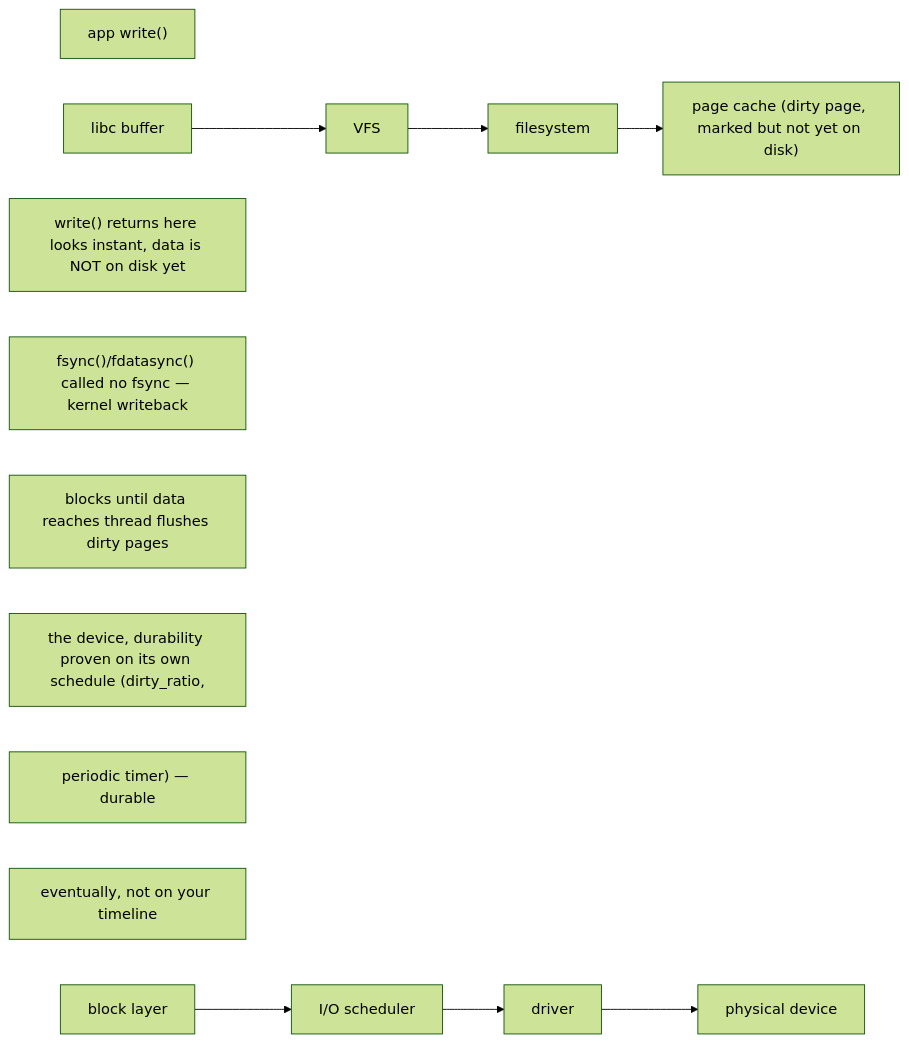
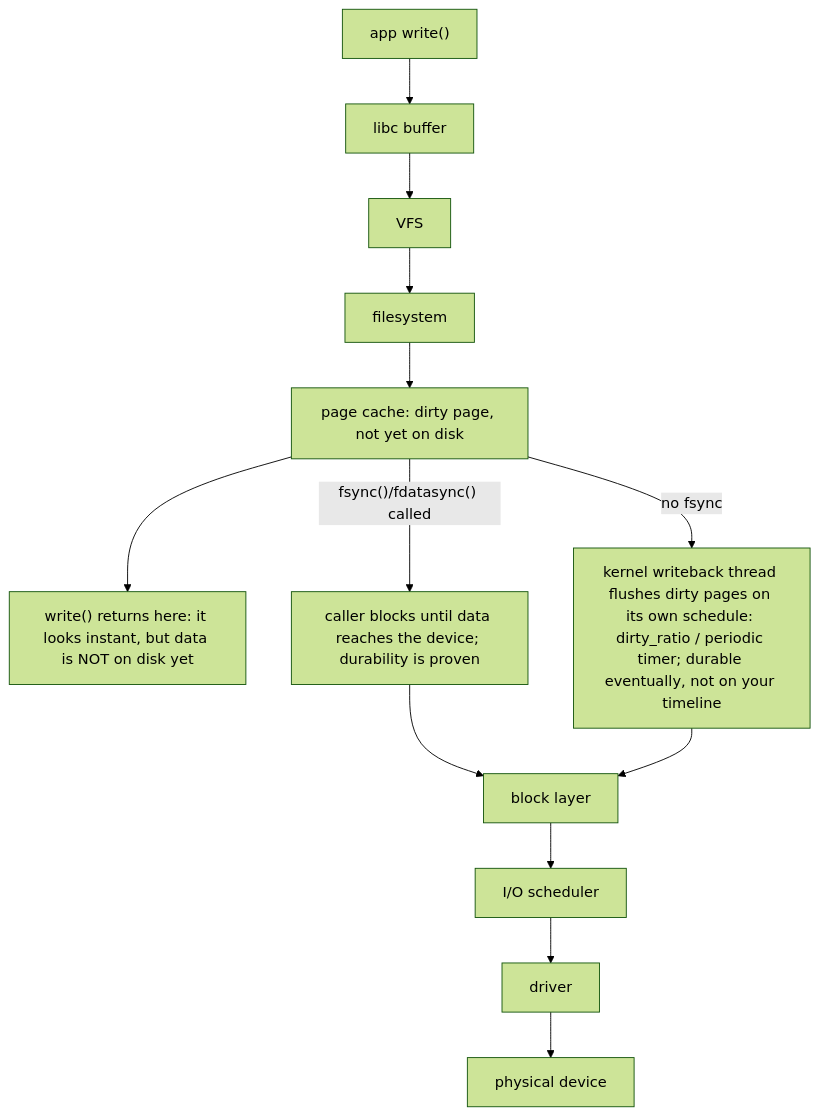
Before and after one commit to jithinpnjm/nvidia-devops: the diagram in docs/volume-01/09-senior-deep-dive-3-storage-i-o-vfs-to-nvme-latency-queues-and-checkpoint-behav.md, drawn with Mermaid (forest theme). The commit also changed 99 other files, not shown here.

````diff
--- a/docs/volume-01/09-senior-deep-dive-3-storage-i-o-vfs-to-nvme-latency-queues-and-checkpoint-behav.md
+++ b/docs/volume-01/09-senior-deep-dive-3-storage-i-o-vfs-to-nvme-latency-queues-and-checkpoint-behav.md
@@ -28,25 +28,10 @@
 ```mermaid
-flowchart LR
-  %% Converted from the original ASCII diagram; source wording is preserved.
-  n0["app write()"]
-  n1["libc buffer"]
-  n2["VFS"]
-  n3["filesystem"]
-  n4["page cache (dirty page, marked but not yet on disk)"]
-  n5["write() returns here looks instant, data is NOT on disk yet"]
-  n6["fsync()/fdatasync() called no fsync — kernel writeback"]
-  n7["blocks until data reaches thread flushes dirty pages"]
-  n8["the device, durability proven on its own schedule (dirty_ratio,"]
-  n9["periodic timer) — durable"]
-  n10["eventually, not on your timeline"]
-  n11["block layer"]
-  n12["I/O scheduler"]
-  n13["driver"]
-  n14["physical device"]
-  n1 --> n2
-  n2 --> n3
-  n3 --> n4
-  n11 --> n12
-  n12 --> n13
-  n13 --> n14
+flowchart TD
+  App["app write()"] --> Libc["libc buffer"] --> VFS["VFS"] --> FS["filesystem"] --> Cache["page cache: dirty page, not yet on disk"]
+  Cache --> Return["write() returns here: it looks instant, but data is NOT on disk yet"]
+  Cache -->|"fsync()/fdatasync() called"| Sync["caller blocks until data reaches the device; durability is proven"]
+  Cache -->|"no fsync"| Writeback["kernel writeback thread flushes dirty pages on its own schedule: dirty_ratio / periodic timer; durable eventually, not on your timeline"]
+  Sync --> Block["block layer"]
+  Writeback --> Block
+  Block --> Scheduler["I/O scheduler"] --> Driver["driver"] --> Device["physical device"]
 ```
````
